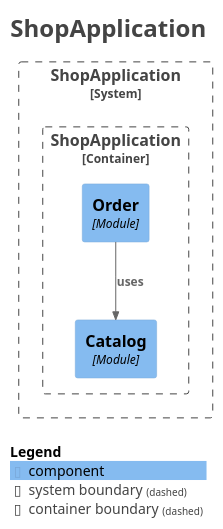
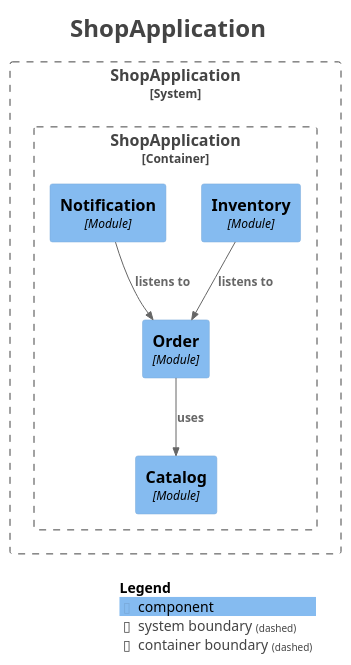
Before and after one commit to Datiacode-Tech/spring-modulith-shop: the diagram in docs/modules/components.puml, drawn with PlantUML. The commit also changed 22 other files, not shown here.

```diff
--- a/docs/modules/components.puml
+++ b/docs/modules/components.puml
@@ -1,30 +1,34 @@
 @startuml
 title <size:24>ShopApplication</size>
 
 set separator none
 top to bottom direction
 
 <style>
   root {
     BackgroundColor: #ffffff
     FontColor: #444444
   }
 </style>
 
 !include <C4/C4>
 !include <C4/C4_Context>
 !include <C4/C4_Component>
 
 System_Boundary("ShopApplication_boundary", "ShopApplication", $tags="") {
   Container_Boundary("ShopApplication.ShopApplication_boundary", "ShopApplication", $tags="") {
     Component(ShopApplication.ShopApplication.Catalog, "Catalog", $techn="Module", $descr="", $tags="", $link="")
     Component(ShopApplication.ShopApplication.Order, "Order", $techn="Module", $descr="", $tags="", $link="")
+    Component(ShopApplication.ShopApplication.Inventory, "Inventory", $techn="Module", $descr="", $tags="", $link="")
+    Component(ShopApplication.ShopApplication.Notification, "Notification", $techn="Module", $descr="", $tags="", $link="")
   }
 
 }
 
+Rel(ShopApplication.ShopApplication.Inventory, ShopApplication.ShopApplication.Order, "listens to", $techn="", $tags="", $link="")
+Rel(ShopApplication.ShopApplication.Notification, ShopApplication.ShopApplication.Order, "listens to", $techn="", $tags="", $link="")
 Rel(ShopApplication.ShopApplication.Order, ShopApplication.ShopApplication.Catalog, "uses", $techn="", $tags="", $link="")
 
 SHOW_LEGEND(true)
 hide stereotypes
 @enduml
```
